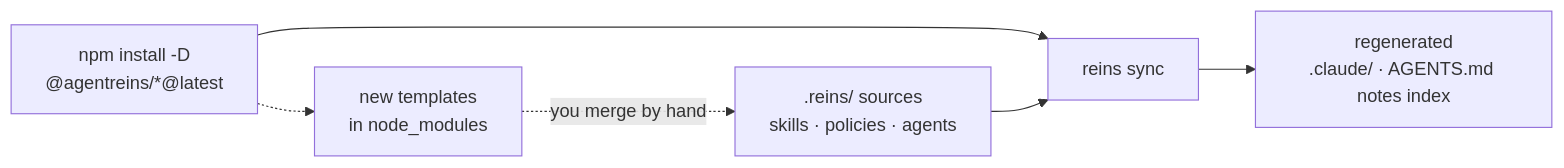
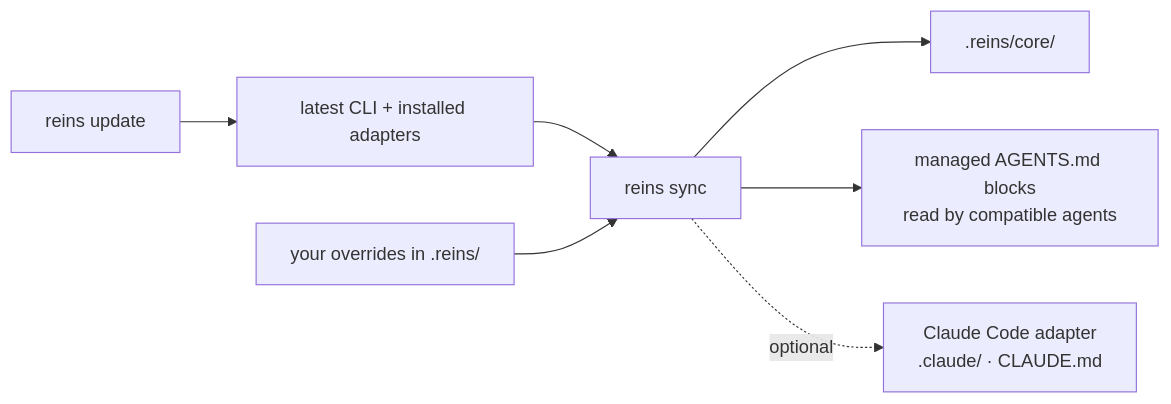
One commit to fredarcito/reins changed the first of 19 diagrams in README.md. Above: the diagram before and after it, drawn with Mermaid. The commit also changed other lines of this file and 78 other files, not shown here.

````diff
--- a/README.md
+++ b/README.md
@@ -80,8 +82,9 @@
 ```mermaid
 flowchart LR
-    pkg["npm install -D<br/>@agentreins/*@latest"] --> sync["reins sync"]
-    sync --> gen["regenerated<br/>.claude/ · AGENTS.md notes index"]
-    pkg -.-> tpl["new templates<br/>in node_modules"]
-    tpl -. "you merge by hand" .-> src[".reins/ sources<br/>skills · policies · agents"]
-    src --> sync
+    update["reins update"] --> pkg["latest CLI + installed adapters"]
+    pkg --> sync["reins sync"]
+    sync --> core[".reins/core/"]
+    sync --> gen["managed AGENTS.md blocks<br/>read by compatible agents"]
+    sync -. optional .-> claude["Claude Code adapter<br/>.claude/ · CLAUDE.md"]
+    custom["your overrides in .reins/"] --> sync
 ```
````
